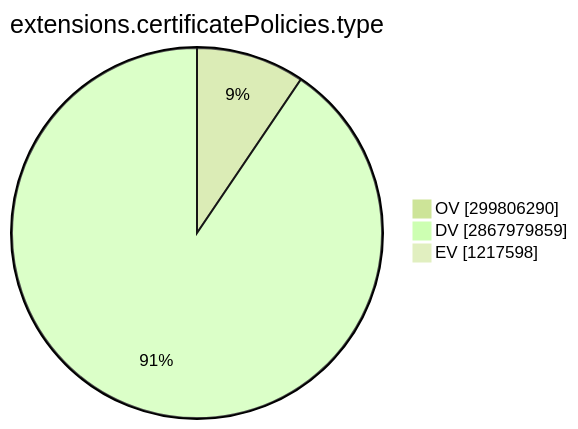
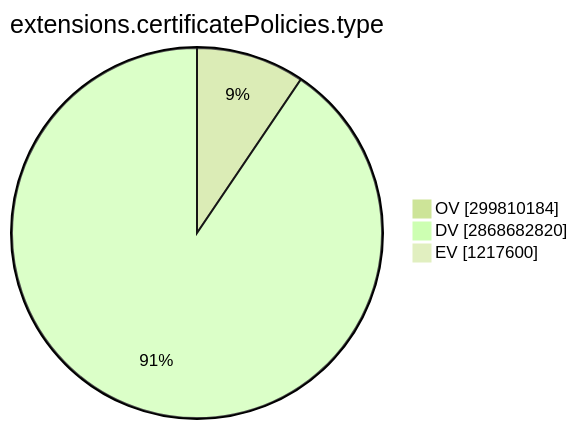
The ninth of 15 diagrams in TOTAL/README.md (christiankrug/ctmonitor_visualization), drawn with Mermaid (forest theme) before and after one commit. The commit also changed other lines of this file, not shown here.

````diff
--- a/TOTAL/README.md
+++ b/TOTAL/README.md
@@ -3101,7 +3101,7 @@
 ```mermaid
 pie showData
 title extensions.certificatePolicies.type
-"OV" :299806290
-"DV" :2867979859
-"EV" :1217598
+"OV" :299810184
+"DV" :2868682820
+"EV" :1217600
 ```
````
